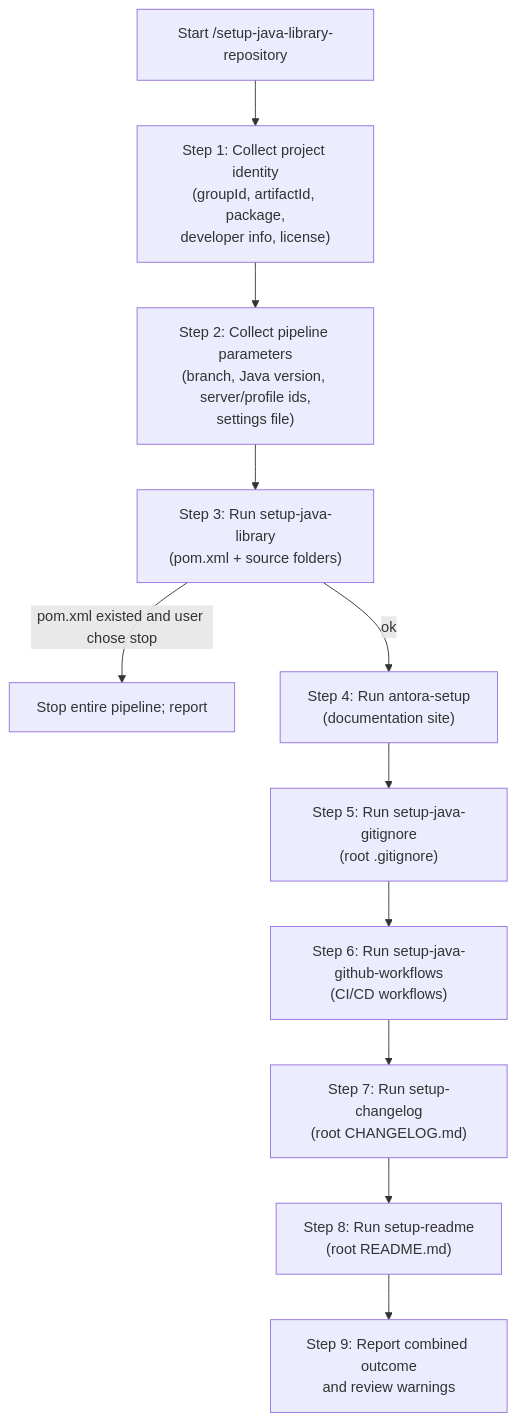
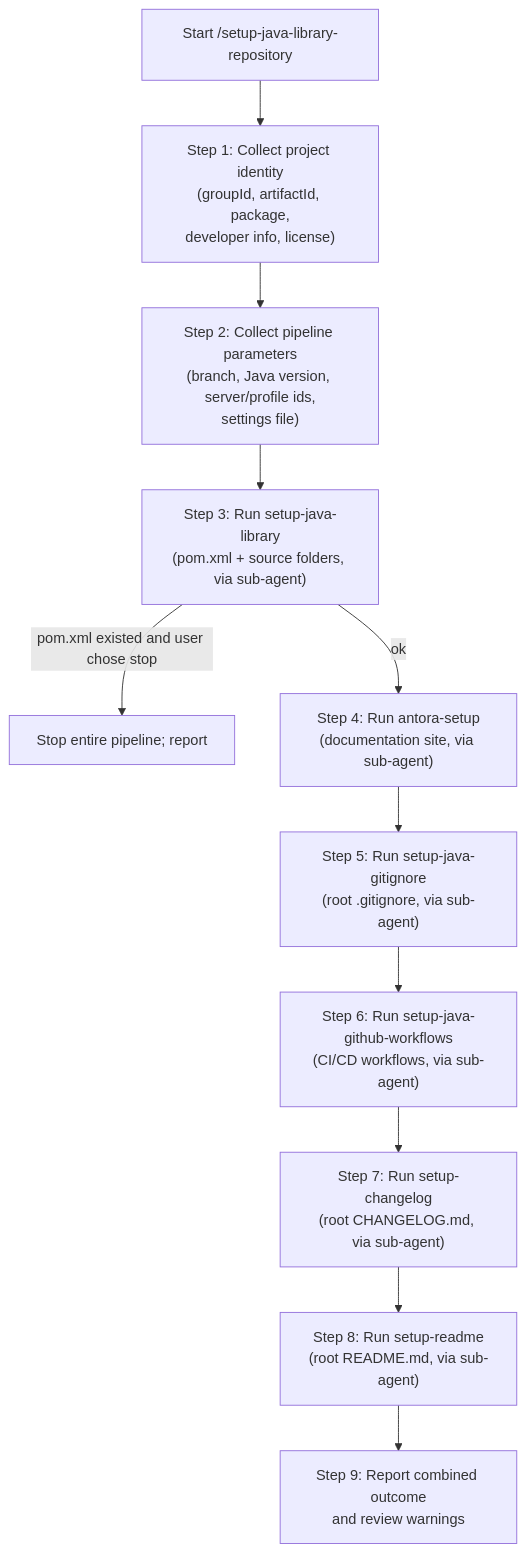
One commit to albertoirurueta/ai-catalog changed the diagram in docs/modules/ROOT/pages/skills/setup-java-library-repository.adoc. Above: the diagram before and after it, drawn with Mermaid. The commit also changed other lines of this file and 35 other files, not shown here.

```diff
--- a/docs/modules/ROOT/pages/skills/setup-java-library-repository.adoc
+++ b/docs/modules/ROOT/pages/skills/setup-java-library-repository.adoc
@@ -94,14 +94,14 @@
 [mermaid]
 ....
 flowchart TD
     A[Start /setup-java-library-repository] --> B["Step 1: Collect project identity\n(groupId, artifactId, package,\ndeveloper info, license)"]
     B --> C["Step 2: Collect pipeline parameters\n(branch, Java version, server/profile ids,\nsettings file)"]
-    C --> D["Step 3: Run setup-java-library\n(pom.xml + source folders)"]
+    C --> D["Step 3: Run setup-java-library\n(pom.xml + source folders, via sub-agent)"]
     D -- pom.xml existed and user chose stop --> E[Stop entire pipeline; report]
-    D -- ok --> F["Step 4: Run antora-setup\n(documentation site)"]
-    F --> G["Step 5: Run setup-java-gitignore\n(root .gitignore)"]
-    G --> H["Step 6: Run setup-java-github-workflows\n(CI/CD workflows)"]
-    H --> I["Step 7: Run setup-changelog\n(root CHANGELOG.md)"]
-    I --> J["Step 8: Run setup-readme\n(root README.md)"]
+    D -- ok --> F["Step 4: Run antora-setup\n(documentation site, via sub-agent)"]
+    F --> G["Step 5: Run setup-java-gitignore\n(root .gitignore, via sub-agent)"]
+    G --> H["Step 6: Run setup-java-github-workflows\n(CI/CD workflows, via sub-agent)"]
+    H --> I["Step 7: Run setup-changelog\n(root CHANGELOG.md, via sub-agent)"]
+    I --> J["Step 8: Run setup-readme\n(root README.md, via sub-agent)"]
     J --> K["Step 9: Report combined outcome\nand review warnings"]
 ....
```
